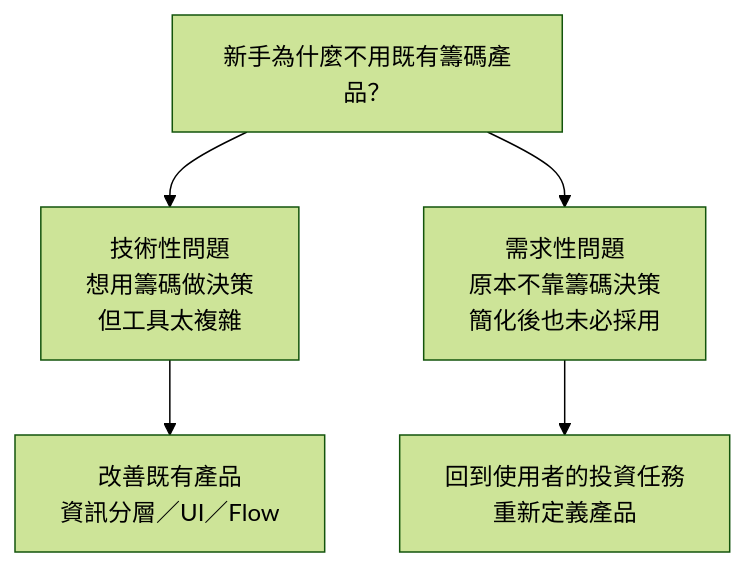
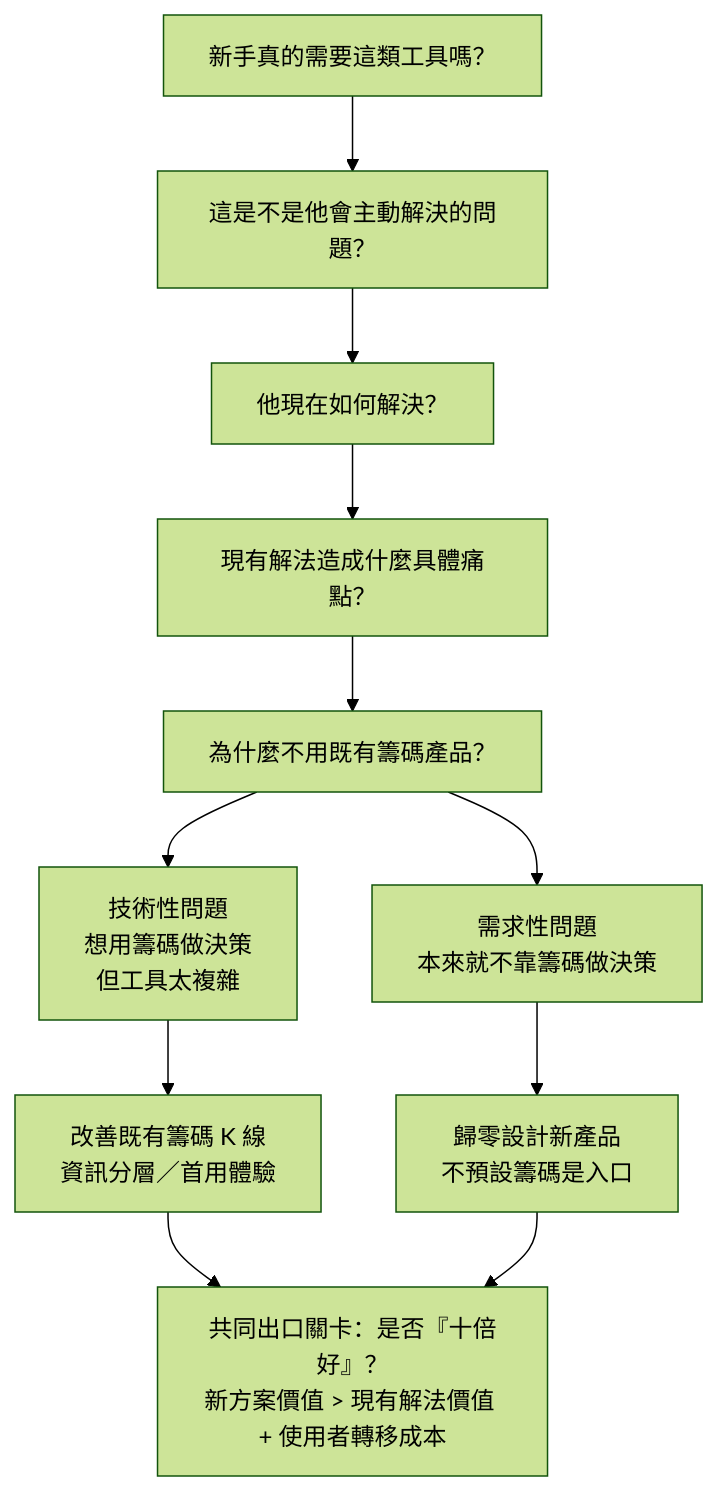
Before and after one commit to WilliamCHIU-ETH/0812_Check-in: the diagram in README.md, drawn with Mermaid (forest theme). The commit also changed other lines of this file and 1 other file, not shown here.

````diff
--- a/README.md
+++ b/README.md
@@ -25,13 +25,19 @@
 ```mermaid
 flowchart TB
-    A["新手為什麼不用既有籌碼產品？"]
-    B["技術性問題<br/>想用籌碼做決策<br/>但工具太複雜"]
-    C["需求性問題<br/>原本不靠籌碼決策<br/>簡化後也未必採用"]
-    D["改善既有產品<br/>資訊分層／UI／Flow"]
-    E["回到使用者的投資任務<br/>重新定義產品"]
+    A["新手真的需要這類工具嗎？"]
+    B["這是不是他會主動解決的問題？"]
+    C["他現在如何解決？"]
+    D["現有解法造成什麼具體痛點？"]
+    E["為什麼不用既有籌碼產品？"]
+    F["技術性問題<br/>想用籌碼做決策<br/>但工具太複雜"]
+    G["需求性問題<br/>本來就不靠籌碼做決策"]
+    H["改善既有籌碼 K 線<br/>資訊分層／首用體驗"]
+    I["歸零設計新產品<br/>不預設籌碼是入口"]
+    J["共同出口關卡：是否『十倍好』？<br/>新方案價值 &gt; 現有解法價值 + 使用者轉移成本"]
 
-    A --> B
-    A --> C
-    B --> D
-    C --> E
+    A --> B --> C --> D --> E
+    E --> F
+    E --> G
+    F --> H --> J
+    G --> I --> J
 ```
````
